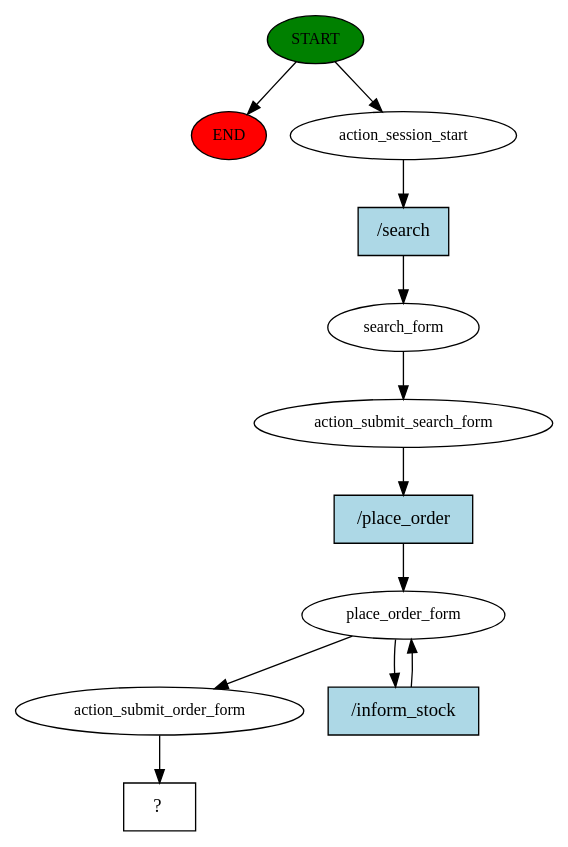
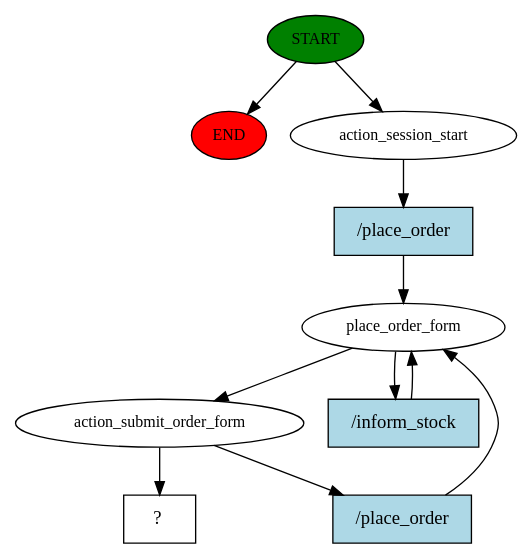
The diagram in story_graph.dot (medAzizBennour/rasa_backend), drawn with Graphviz before and after one commit. The commit also changed 44 other files, not shown here.

```diff
--- a/story_graph.dot
+++ b/story_graph.dot
@@ -1,24 +1,21 @@
 digraph  {
 0 [class="start active", fillcolor=green, fontsize=12, label=START, style=filled];
 "-1" [class=end, fillcolor=red, fontsize=12, label=END, style=filled];
 1 [class=active, fontsize=12, label=action_session_start];
-2 [class=active, fontsize=12, label=search_form];
-3 [class=active, fontsize=12, label=action_submit_search_form];
-4 [class=active, fontsize=12, label=place_order_form];
-8 [class=active, fontsize=12, label=action_submit_order_form];
-9 [class="intent dashed active", label="  ?  ", shape=rect];
-10 [class="intent active", fillcolor=lightblue, label="/search", shape=rect, style=filled];
+2 [class=active, fontsize=12, label=place_order_form];
+6 [class=active, fontsize=12, label=action_submit_order_form];
+10 [class="intent dashed active", label="  ?  ", shape=rect];
 11 [class="intent active", fillcolor=lightblue, label="/place_order", shape=rect, style=filled];
 12 [class="intent active", fillcolor=lightblue, label="/inform_stock", shape=rect, style=filled];
+13 [class="intent active", fillcolor=lightblue, label="/place_order", shape=rect, style=filled];
 0 -> "-1"  [class="", key=NONE, label=""];
 0 -> 1  [class=active, key=NONE, label=""];
-1 -> 10  [class=active, key=0];
-2 -> 3  [class=active, key=NONE, label=""];
-3 -> 11  [class=active, key=0];
-4 -> 8  [class=active, key=NONE, label=""];
-4 -> 12  [class=active, key=0];
-8 -> 9  [class=active, key=NONE, label=""];
-10 -> 2  [class=active, key=0];
-11 -> 4  [class=active, key=0];
-12 -> 4  [class=active, key=0];
+1 -> 11  [class=active, key=0];
+2 -> 6  [class=active, key=NONE, label=""];
+2 -> 12  [class=active, key=0];
+6 -> 10  [class=active, key=NONE, label=""];
+6 -> 13  [class=active, key=0];
+11 -> 2  [class=active, key=0];
+12 -> 2  [class=active, key=0];
+13 -> 2  [class=active, key=0];
 }
```
